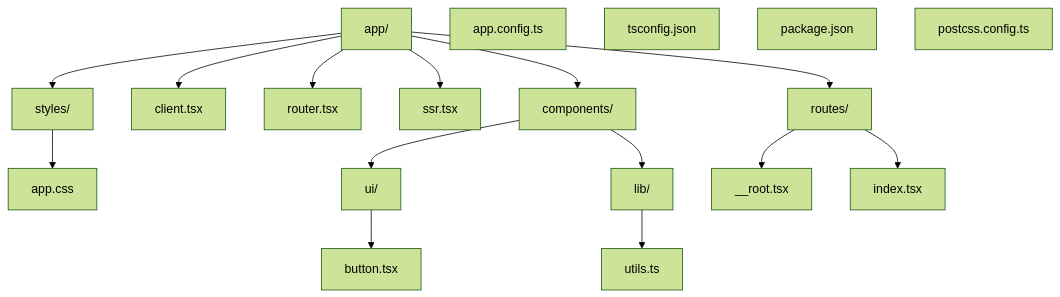
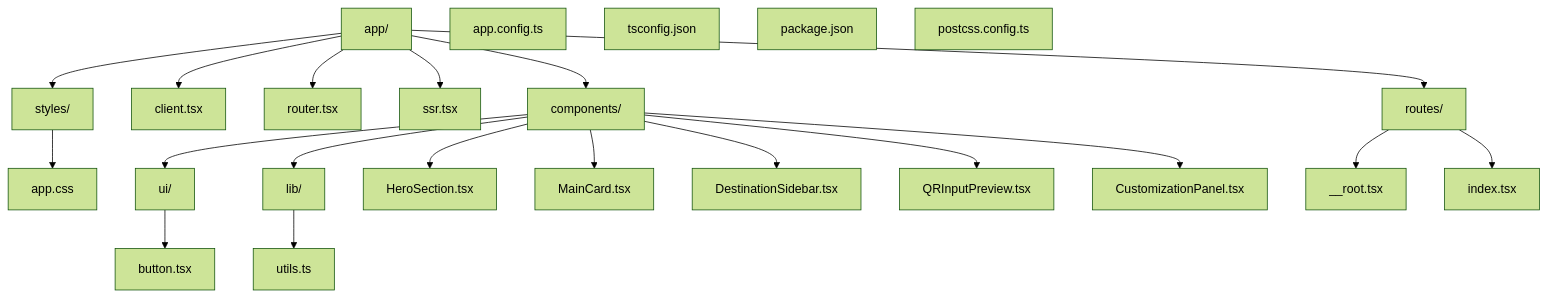
Before and after one commit to AndrewUsher/qr-generator-start: the first of 2 diagrams in README.md, drawn with Mermaid (forest theme). The commit also changed other lines of this file and 6 other files, not shown here.

````diff
--- a/README.md
+++ b/README.md
@@ -11,20 +11,25 @@
 ```mermaid
 graph TD
     A[app/] --> B[routes/]
     A --> C[client.tsx]
     A --> D[router.tsx]
     A --> E[ssr.tsx]
     A --> F[styles/]
     A --> G[components/]
     F --> H[app.css]
     G --> I[ui/]
     I --> J[button.tsx]
     G --> K[lib/]
     K --> L[utils.ts]
-    B --> M[__root.tsx]
-    B --> N[index.tsx]
-    O[app.config.ts]
-    P[tsconfig.json]
-    Q[package.json]
-    R[postcss.config.ts]
+    G --> M[HeroSection.tsx]
+    G --> N[MainCard.tsx]
+    G --> O[DestinationSidebar.tsx]
+    G --> P[QRInputPreview.tsx]
+    G --> Q[CustomizationPanel.tsx]
+    B --> R[__root.tsx]
+    B --> S[index.tsx]
+    T[app.config.ts]
+    U[tsconfig.json]
+    V[package.json]
+    W[postcss.config.ts]
 ```
````
